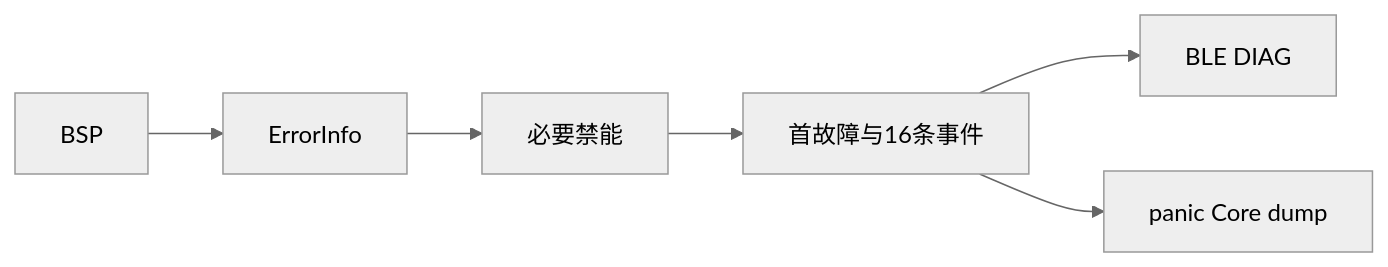
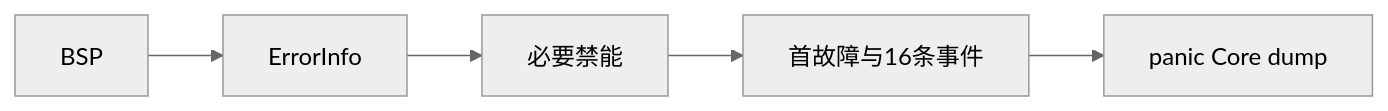
Before and after one commit to welldone987/FOC_ESPIDF_balance_vehicle: the fifth of 5 diagrams in docs/ADR-docs/architecture-decisions.md, drawn with Mermaid (neutral theme). The commit also changed other lines of this file and 32 other files, not shown here.

````diff
--- a/docs/ADR-docs/architecture-decisions.md
+++ b/docs/ADR-docs/architecture-decisions.md
@@ -310,8 +311,7 @@
 ```mermaid
 flowchart LR
     BSP --> ErrorInfo
     ErrorInfo --> Stop[必要禁能]
     Stop --> RAM[首故障与16条事件]
-    RAM --> DIAG[BLE DIAG]
     RAM --> Dump[panic Core dump]
 ```
````
